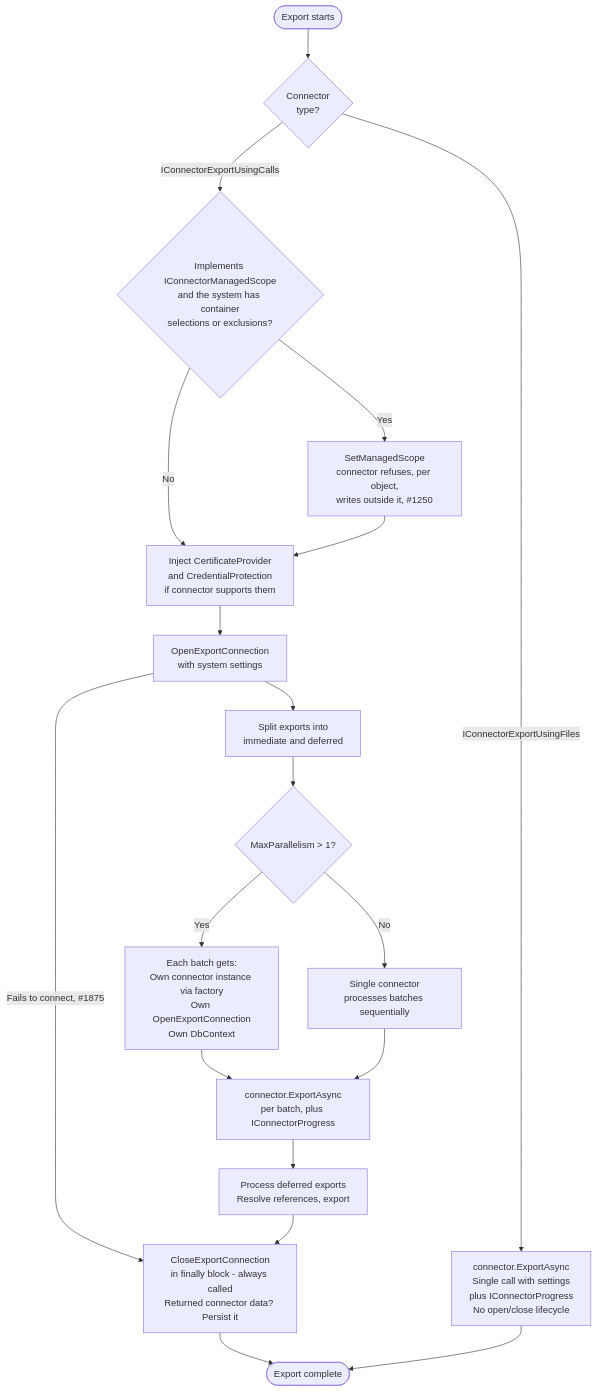
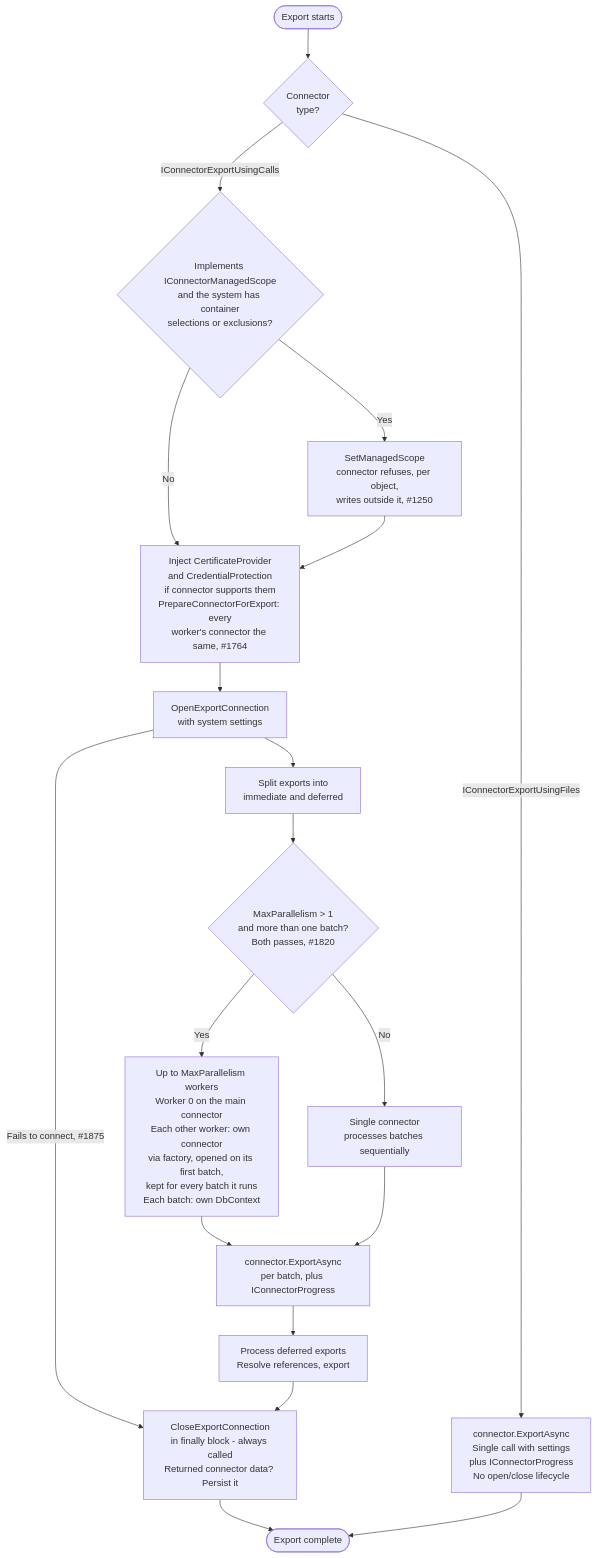
The fifth of 7 diagrams in engineering/developer/diagrams/CONNECTOR_LIFECYCLE.md (TetronIO/JIM), drawn with Mermaid before and after one commit. The commit also changed other lines of this file and 10 other files, not shown here.

````diff
--- a/engineering/developer/diagrams/CONNECTOR_LIFECYCLE.md
+++ b/engineering/developer/diagrams/CONNECTOR_LIFECYCLE.md
@@ -123,29 +133,29 @@
 ```mermaid
 flowchart TD
     Start([Export starts]) --> CheckType{Connector<br/>type?}
 
     %% --- Call-based connector ---
     CheckType -->|IConnectorExportUsingCalls| ManagedScope{Implements IConnectorManagedScope<br/>and the system has container<br/>selections or exclusions?}
     ManagedScope -->|Yes| SetScope[SetManagedScope<br/>connector refuses, per object,<br/>writes outside it, #1250]
     ManagedScope -->|No| InjectCert
-    SetScope --> InjectCert[Inject CertificateProvider<br/>and CredentialProtection<br/>if connector supports them]
+    SetScope --> InjectCert[Inject CertificateProvider<br/>and CredentialProtection<br/>if connector supports them<br/>PrepareConnectorForExport: every<br/>worker's connector the same, #1764]
     InjectCert --> Open[OpenExportConnection<br/>with system settings]
 
     Open -->|Fails to connect, #1875| CloseExport
     Open --> SplitExports[Split exports into<br/>immediate and deferred]
-    SplitExports --> CheckParallel{MaxParallelism > 1?}
+    SplitExports --> CheckParallel{MaxParallelism > 1<br/>and more than one batch?<br/>Both passes, #1820}
 
-    CheckParallel -->|Yes| ParallelExport[Each batch gets:<br/>Own connector instance via factory<br/>Own OpenExportConnection<br/>Own DbContext]
+    CheckParallel -->|Yes| ParallelExport[Up to MaxParallelism workers<br/>Worker 0 on the main connector<br/>Each other worker: own connector<br/>via factory, opened on its first batch,<br/>kept for every batch it runs<br/>Each batch: own DbContext]
     CheckParallel -->|No| SequentialExport[Single connector<br/>processes batches sequentially]
 
     ParallelExport --> BatchLoop[connector.ExportAsync<br/>per batch, plus IConnectorProgress]
     SequentialExport --> BatchLoop
 
     BatchLoop --> Deferred[Process deferred exports<br/>Resolve references, export]
     Deferred --> CloseExport[CloseExportConnection<br/>in finally block - always called<br/>Returned connector data? Persist it]
     CloseExport --> Done([Export complete])
 
     %% --- File-based connector ---
     CheckType -->|IConnectorExportUsingFiles| FileExport[connector.ExportAsync<br/>Single call with settings<br/>plus IConnectorProgress<br/>No open/close lifecycle]
     FileExport --> Done
 ```
````
